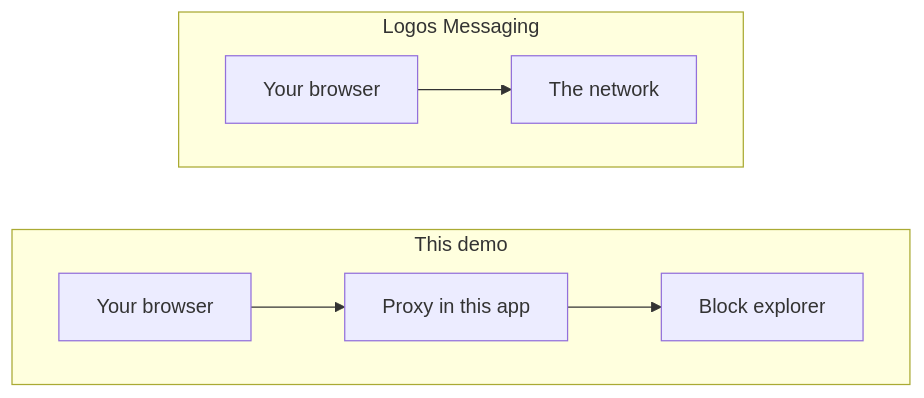
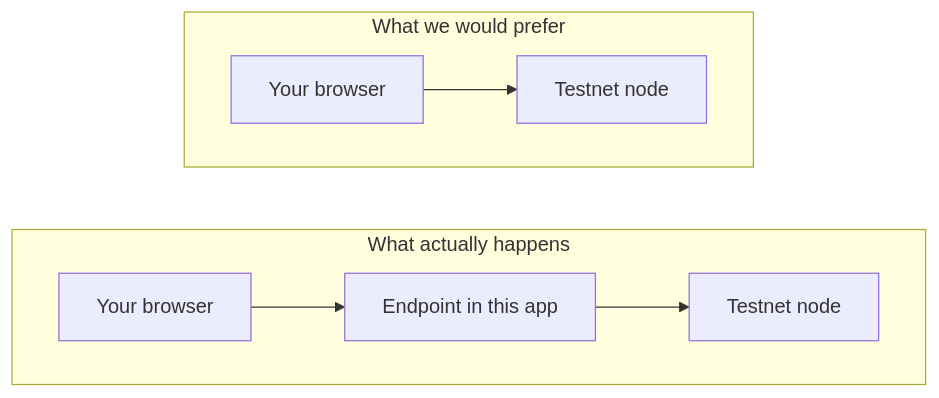
One commit to logos-co/logos-co changed the first of 2 diagrams in apps/logos-demos/src/demos/blockchain/how-it-works.md. Above: the diagram before and after it, drawn with Mermaid. The commit also changed other lines of this file and 23 other files, not shown here.

````diff
--- a/apps/logos-demos/src/demos/blockchain/how-it-works.md
+++ b/apps/logos-demos/src/demos/blockchain/how-it-works.md
@@ -15,12 +19,12 @@
 ```mermaid
 flowchart TB
-  subgraph msg["Logos Messaging"]
+  subgraph want["What we would prefer"]
     direction LR
-    M1["Your browser"] --> M2["The network"]
+    W1["Your browser"] --> W2["Testnet node"]
   end
-  subgraph chain["This demo"]
+  subgraph real["What actually happens"]
     direction LR
-    C1["Your browser"] --> C2["Proxy in this app"] --> C3["Block explorer"]
+    R1["Your browser"] --> R2["Endpoint in this app"] --> R3["Testnet node"]
   end
-  msg ~~~ chain
+  want ~~~ real
 ```
````
